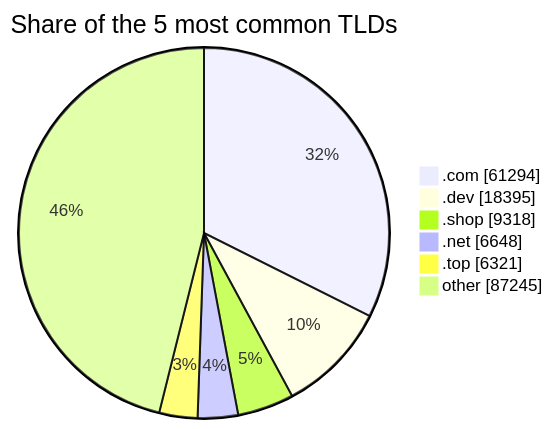
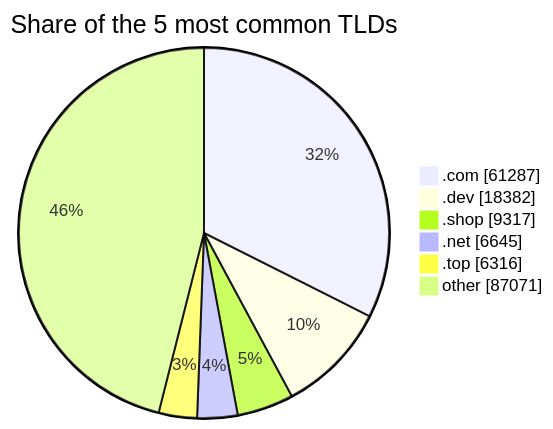
One commit to DNSBunker/CTI changed the third of 3 diagrams in README.md. Above: the diagram before and after it, drawn with Mermaid. The commit also changed other lines of this file and 3 other files, not shown here.

````diff
--- a/README.md
+++ b/README.md
@@ -81,9 +81,9 @@
 ```mermaid
 pie showData title Share of the 5 most common TLDs
-    ".com" : 61294
-    ".dev" : 18395
-    ".shop" : 9318
-    ".net" : 6648
-    ".top" : 6321
-    "other" : 87245
+    ".com" : 61287
+    ".dev" : 18382
+    ".shop" : 9317
+    ".net" : 6645
+    ".top" : 6316
+    "other" : 87071
 ```
````
